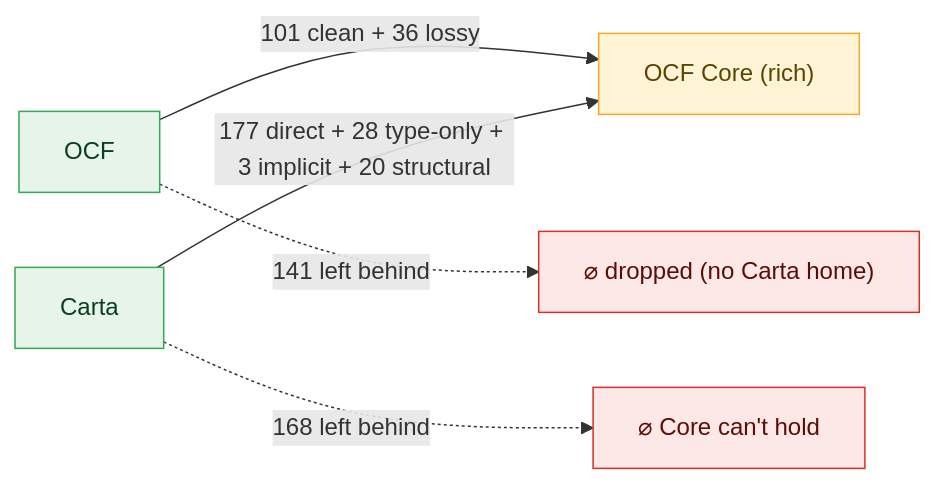
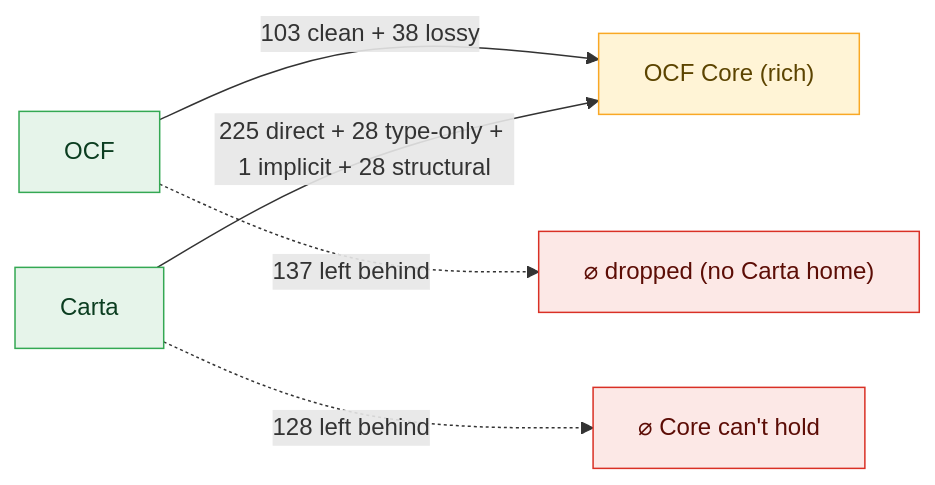
The first of 51 diagrams in docs/core-bidirectional-flow.md (Open-Cap-Table-Coalition/OCF-Composed-Schemas), drawn with Mermaid before and after one commit. The commit also changed other lines of this file and 37 other files, not shown here.

````diff
--- a/docs/core-bidirectional-flow.md
+++ b/docs/core-bidirectional-flow.md
@@ -11,12 +11,12 @@
 ```mermaid
 flowchart LR
   classDef core fill:#fff4d6,stroke:#f9a825,color:#5c4400;
   classDef in fill:#e6f4ea,stroke:#34a853,color:#0b3d20;
   classDef out fill:#fce8e6,stroke:#d93025,color:#5c0d06;
   classDef defer fill:#fff8e1,stroke:#f9a825,color:#5c4400,stroke-dasharray:4 3;
-  OCF["OCF"]:::in -->|"101 clean + 36 lossy"| CORE
-  OCF -.->|"141 left behind"| ocfvoid["⌀ dropped (no Carta home)"]:::out
+  OCF["OCF"]:::in -->|"103 clean + 38 lossy"| CORE
+  OCF -.->|"137 left behind"| ocfvoid["⌀ dropped (no Carta home)"]:::out
   CORE["OCF Core (rich)"]:::core
-  Carta["Carta"]:::in -->|"177 direct + 28 type-only + 3 implicit + 20 structural"| CORE
-  Carta -.->|"168 left behind"| cartavoid["⌀ Core can't hold"]:::out
+  Carta["Carta"]:::in -->|"225 direct + 28 type-only + 1 implicit + 28 structural"| CORE
+  Carta -.->|"128 left behind"| cartavoid["⌀ Core can't hold"]:::out
 ```
````
